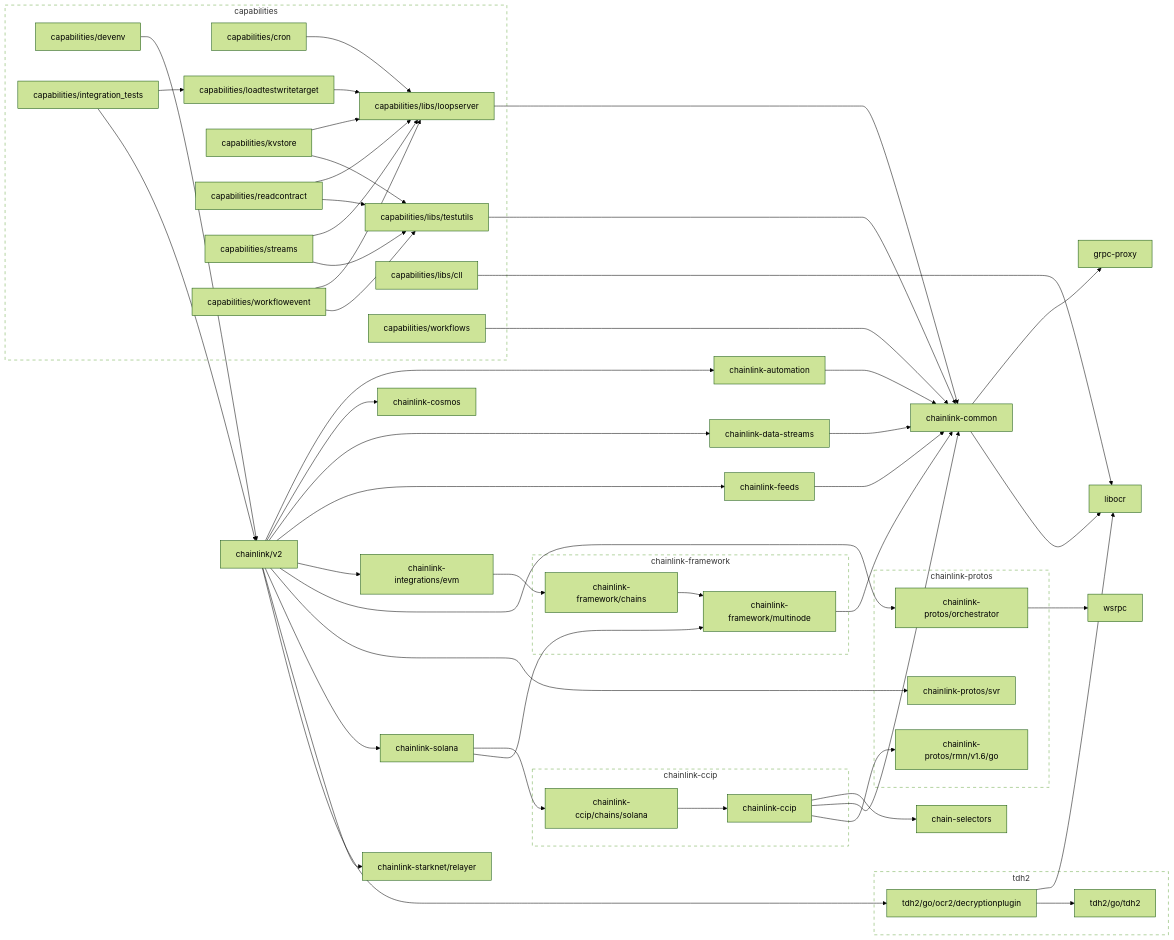
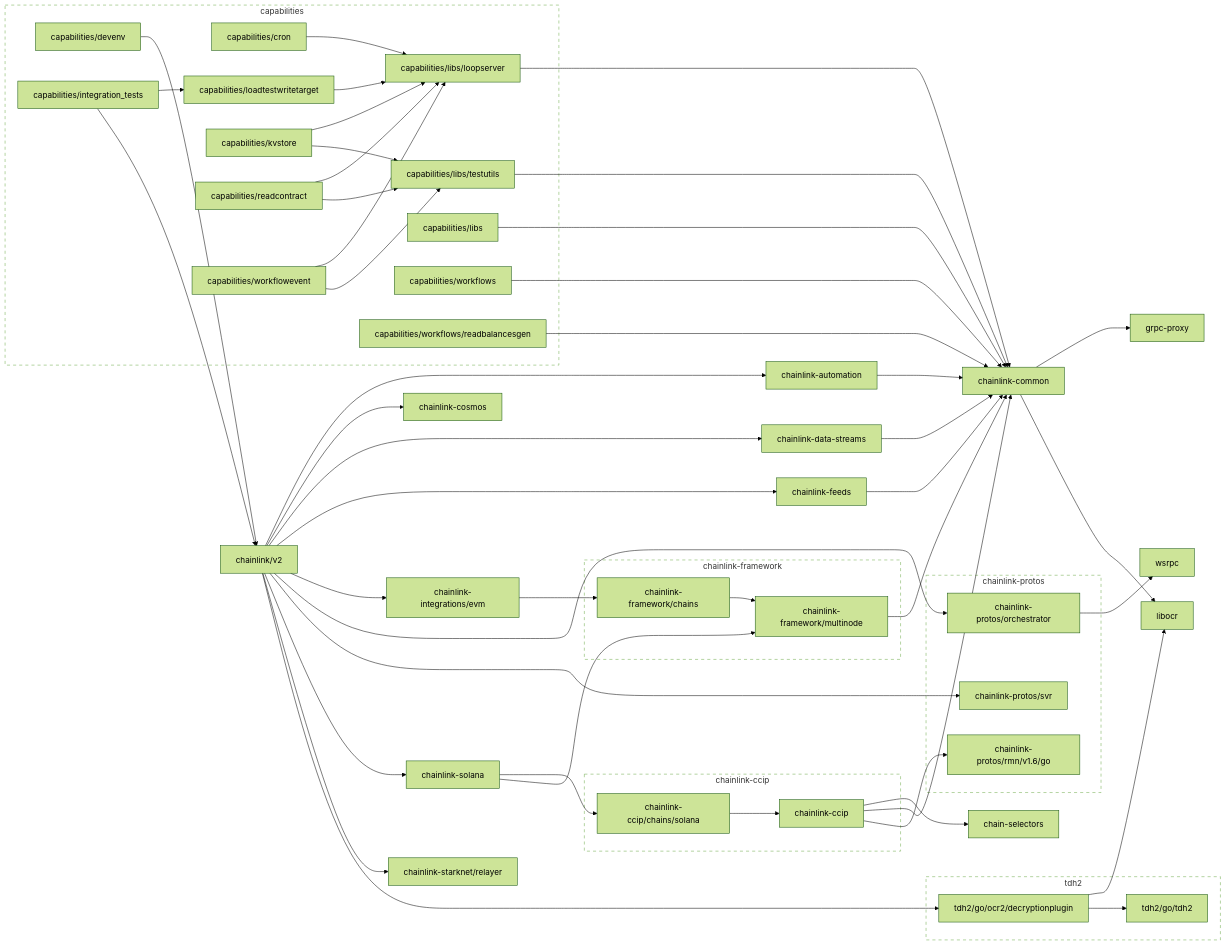
Before and after one commit to smartcontractkit/capabilities: the diagram in go.md, drawn with Mermaid (forest theme). The commit also changed 46 other files, not shown here.

```diff
--- a/go.md
+++ b/go.md
@@ -12,8 +12,8 @@
 	capabilities/kvstore --> capabilities/libs/loopserver
 	capabilities/kvstore --> capabilities/libs/testutils
 	click capabilities/kvstore href "https://github.com/smartcontractkit/capabilities"
-	capabilities/libs/cll --> libocr
-	click capabilities/libs/cll href "https://github.com/smartcontractkit/capabilities"
+	capabilities/libs --> chainlink-common
+	click capabilities/libs href "https://github.com/smartcontractkit/capabilities"
 	capabilities/libs/loopserver --> chainlink-common
 	click capabilities/libs/loopserver href "https://github.com/smartcontractkit/capabilities"
 	capabilities/libs/testutils --> chainlink-common
@@ -23,14 +23,13 @@
 	capabilities/readcontract --> capabilities/libs/loopserver
 	capabilities/readcontract --> capabilities/libs/testutils
 	click capabilities/readcontract href "https://github.com/smartcontractkit/capabilities"
-	capabilities/streams --> capabilities/libs/loopserver
-	capabilities/streams --> capabilities/libs/testutils
-	click capabilities/streams href "https://github.com/smartcontractkit/capabilities"
 	capabilities/workflowevent --> capabilities/libs/loopserver
 	capabilities/workflowevent --> capabilities/libs/testutils
 	click capabilities/workflowevent href "https://github.com/smartcontractkit/capabilities"
 	capabilities/workflows --> chainlink-common
 	click capabilities/workflows href "https://github.com/smartcontractkit/capabilities"
+	capabilities/workflows/readbalancesgen --> chainlink-common
+	click capabilities/workflows/readbalancesgen href "https://github.com/smartcontractkit/capabilities"
 	chain-selectors
 	click chain-selectors href "https://github.com/smartcontractkit/chain-selectors"
 	chainlink-automation --> chainlink-common
@@ -95,14 +94,14 @@
 		 capabilities/devenv
 		 capabilities/integration_tests
 		 capabilities/kvstore
-		 capabilities/libs/cll
+		 capabilities/libs
 		 capabilities/libs/loopserver
 		 capabilities/libs/testutils
 		 capabilities/loadtestwritetarget
 		 capabilities/readcontract
-		 capabilities/streams
 		 capabilities/workflowevent
 		 capabilities/workflows
+		 capabilities/workflows/readbalancesgen
 	end
 	click capabilities-repo href "https://github.com/smartcontractkit/capabilities"
 
```
